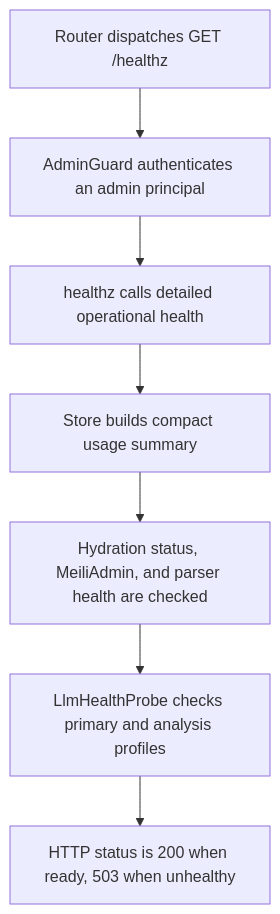
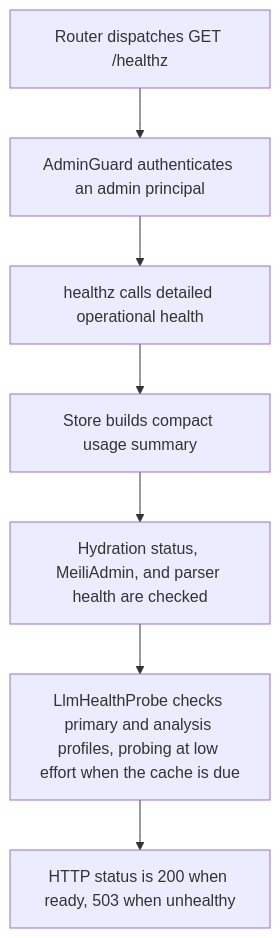
Before and after one commit to dickwu/nowledge: the diagram in doc/api/get_healthz.md, drawn with Mermaid. The commit also changed other lines of this file and 11 other files, not shown here.

````diff
--- a/doc/api/get_healthz.md
+++ b/doc/api/get_healthz.md
@@ -83,16 +89,16 @@
 ```mermaid
 flowchart TD
   n0["Router dispatches GET /healthz"]
   n1["AdminGuard authenticates an admin principal"]
   n2["healthz calls detailed operational health"]
   n3["Store builds compact usage summary"]
   n4["Hydration status, MeiliAdmin, and parser health are checked"]
-  n5["LlmHealthProbe checks primary and analysis profiles"]
+  n5["LlmHealthProbe checks primary and analysis profiles, probing at low effort when the cache is due"]
   n6["HTTP status is 200 when ready, 503 when unhealthy"]
   n0 --> n1
   n1 --> n2
   n2 --> n3
   n3 --> n4
   n4 --> n5
   n5 --> n6
 ```
````
